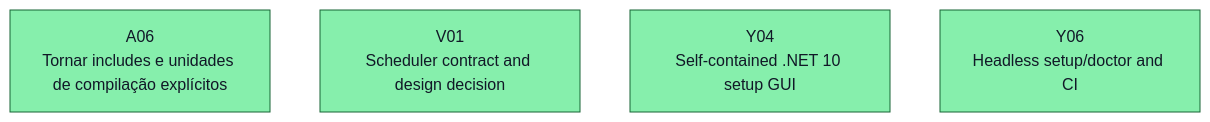
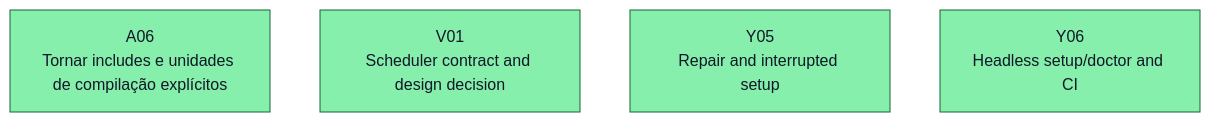
Before and after one commit to ocarizr/spaceraiders: the first of 25 diagrams in docs/task-dependencies.md, drawn with Mermaid (forest theme). The commit also changed other lines of this file and 9 other files, not shown here.

Commit message:
feat(Y04): add self-contained Windows environment setup GUI

````diff
--- a/docs/task-dependencies.md
+++ b/docs/task-dependencies.md
@@ -23,10 +23,10 @@
 ```mermaid
 flowchart TD
     ready_A06["A06<br/>Tornar includes e unidades de compilação explícitos"]:::ready
     ready_V01["V01<br/>Scheduler contract and design decision"]:::ready
-    ready_Y04["Y04<br/>Self-contained .NET 10 setup GUI"]:::ready
+    ready_Y05["Y05<br/>Repair and interrupted setup"]:::ready
     ready_Y06["Y06<br/>Headless setup/doctor and CI"]:::ready
     classDef pending fill:#ffffff,stroke:#6b7280,color:#111827
     classDef ready fill:#86efac,stroke:#166534,color:#111827
     classDef done fill:#f87171,stroke:#991b1b,color:#111827
 ```
````
